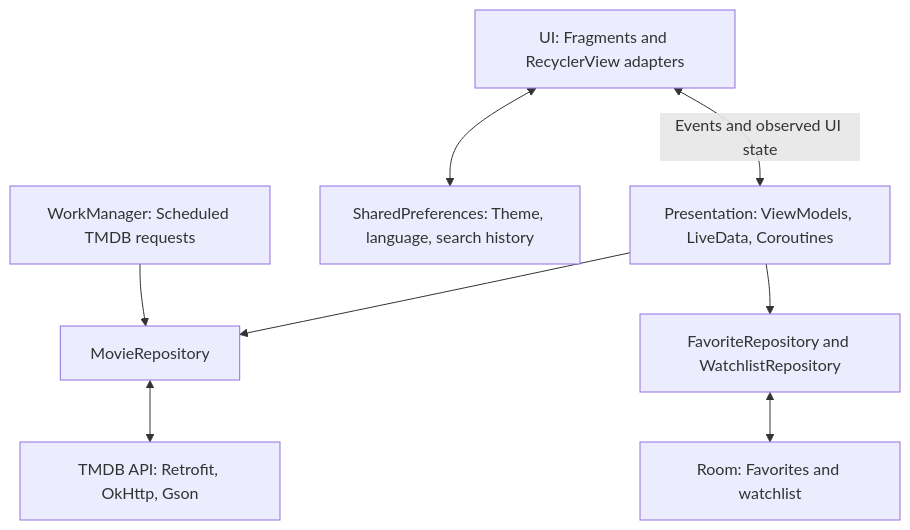
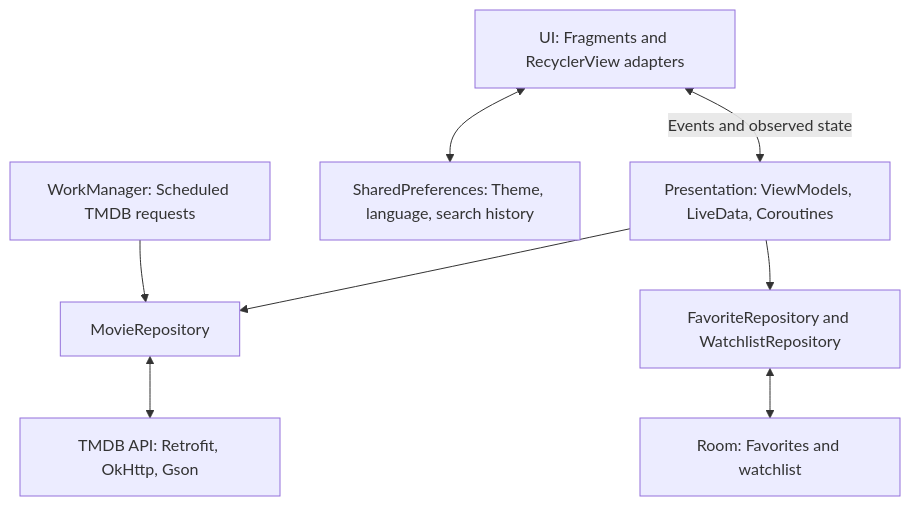
Before and after one commit to LironTal01/PopFlix-App: the second of 2 diagrams in README.md, drawn with Mermaid. The commit also changed other lines of this file and 5 other files, not shown here.

````diff
--- a/README.md
+++ b/README.md
@@ -36,19 +82,19 @@
 ```mermaid
 flowchart TB
     UI["UI: Fragments and RecyclerView adapters"]
     VM["Presentation: ViewModels, LiveData, Coroutines"]
     MOVIE["MovieRepository"]
     SAVED["FavoriteRepository and WatchlistRepository"]
     API["TMDB API: Retrofit, OkHttp, Gson"]
     DB["Room: Favorites and watchlist"]
     PREFS["SharedPreferences: Theme, language, search history"]
     WORKER["WorkManager: Scheduled TMDB requests"]
 
-    UI <--> |Events and observed UI state| VM
+    UI <-->|Events and observed state| VM
     VM --> MOVIE
     VM --> SAVED
     MOVIE <--> API
     SAVED <--> DB
     UI <--> PREFS
     WORKER --> MOVIE
 ```
````
